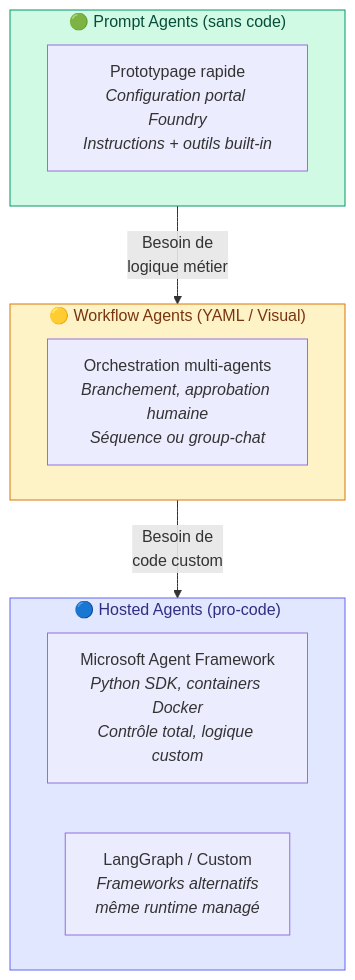
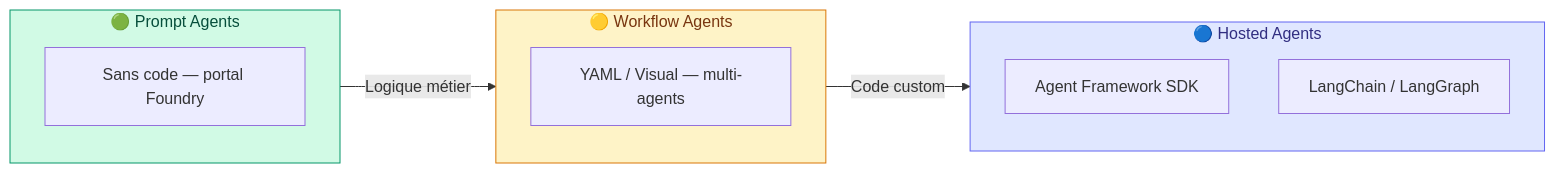
The tenth of 20 diagrams in docs/ARCHITECTURE-AGENTIC-V2-TARGET.md (olivMertens/WorkbenchIQ), drawn with Mermaid before and after one commit. The commit also changed other lines of this file and 6 other files, not shown here.

First line of the commit message:
Architecture docs: hybrid strategy, HITL, FAQ data locality, pipeline detail, PDF generator

````diff
--- a/docs/ARCHITECTURE-AGENTIC-V2-TARGET.md
+++ b/docs/ARCHITECTURE-AGENTIC-V2-TARGET.md
@@ -591,22 +434,17 @@
 ```mermaid
-graph TB
-    subgraph PROMPT["🟢 Prompt Agents (sans code)"]
-        PA1["Prototypage rapide<br/><i>Configuration portal Foundry<br/>Instructions + outils built-in</i>"]
+graph LR
+    subgraph PROMPT["🟢 Prompt Agents"]
+        PA1["Sans code — portal Foundry"]
     end
-
-    subgraph WORKFLOW["🟡 Workflow Agents (YAML / Visual)"]
-        WA1["Orchestration multi-agents<br/><i>Branchement, approbation humaine<br/>Séquence ou group-chat</i>"]
+    subgraph WORKFLOW["🟡 Workflow Agents"]
+        WA1["YAML / Visual — multi-agents"]
     end
-
-    subgraph HOSTED["🔵 Hosted Agents (pro-code)"]
-        HA1["Microsoft Agent Framework<br/><i>Python SDK, containers Docker<br/>Contrôle total, logique custom</i>"]
-        HA2["LangGraph / Custom<br/><i>Frameworks alternatifs<br/>même runtime managé</i>"]
+    subgraph HOSTED["🔵 Hosted Agents"]
+        HA1["Agent Framework SDK"]
+        HA2["LangChain / LangGraph"]
     end
-
-    PROMPT --> |"Besoin de<br/>logique métier"| WORKFLOW
-    WORKFLOW --> |"Besoin de<br/>code custom"| HOSTED
-
+    PROMPT -->|"Logique métier"| WORKFLOW -->|"Code custom"| HOSTED
     style PROMPT fill:#d1fae5,stroke:#059669,color:#064e3b
     style WORKFLOW fill:#fef3c7,stroke:#d97706,color:#78350f
     style HOSTED fill:#e0e7ff,stroke:#6366f1,color:#312e81
 ```
````
